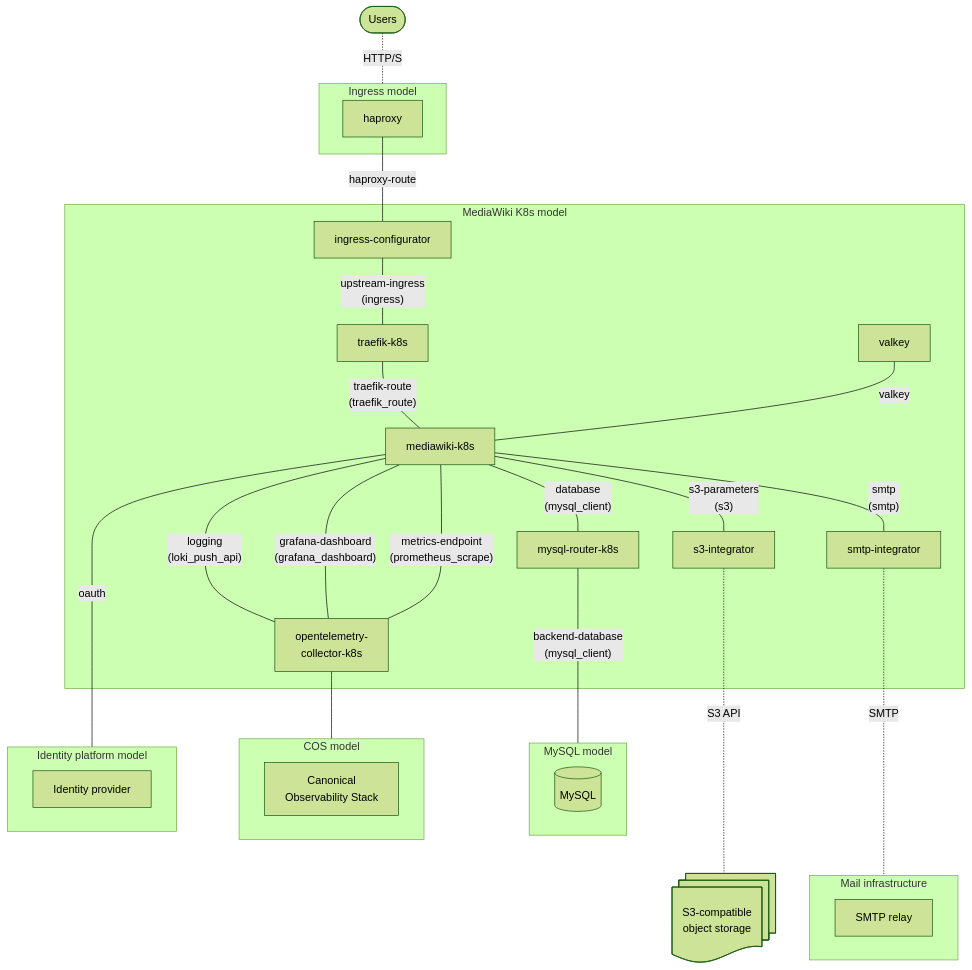
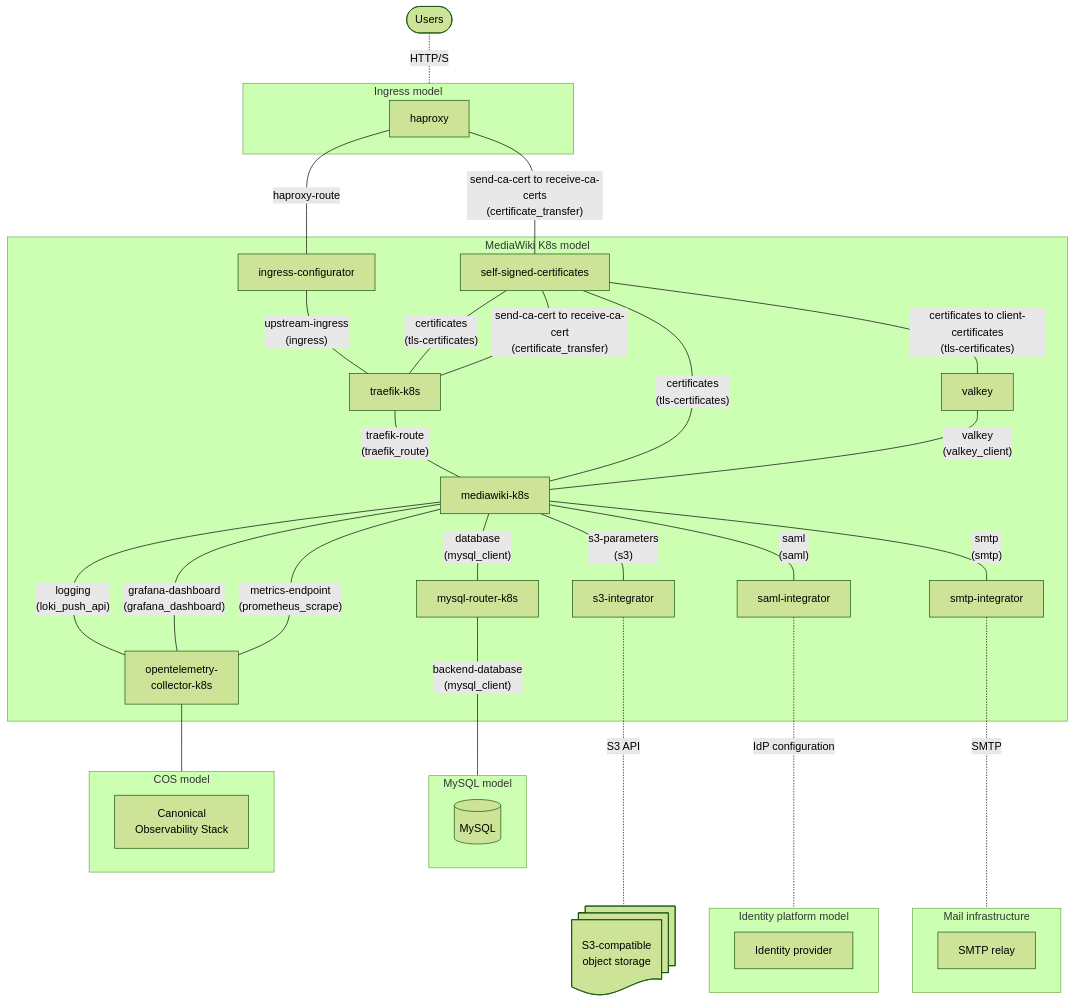
Before and after one commit to canonical/mediawiki-k8s-operator: the diagram in docs/reference/high-level-deployment.rst, drawn with Mermaid (forest theme). The commit also changed other lines of this file and 2 other files, not shown here.

Commit message:
docs: Update deployment diagram
Update the deployment diagram to show internal TLS using self-signed certificates, and using SAML instead of OAuth. This is a bit closer to what a modern, fully featured deployment may look like.

```diff
--- a/docs/reference/high-level-deployment.rst
+++ b/docs/reference/high-level-deployment.rst
@@ -15,55 +15,63 @@
 .. mermaid::
    :name: deployment-diagram
 
    flowchart TB
       Users(["Users"])
 
       S3@{ shape: docs, label: "S3-compatible<br/>object storage"}
 
       subgraph ExternalIngress["Ingress model"]
          Ingress["haproxy"]
       end
 
       subgraph ExternalMySQL["MySQL model"]
          MySQL[("MySQL")]
       end
 
       subgraph ExternalCOS["COS model"]
          COS["Canonical<br/>Observability Stack"]
       end
 
       subgraph ExternalIdentity["Identity platform model"]
          Identity["Identity provider"]
       end
 
       subgraph ExternalSMTP["Mail infrastructure"]
         SMTPRelay["SMTP relay"]
       end
 
       subgraph K8sModel["MediaWiki K8s model"]
          Traefik["traefik-k8s"]
          IngressConfig["ingress-configurator"]
          MediaWiki["mediawiki-k8s"]
          MySQLRouter["mysql-router-k8s"]
          Valkey["valkey"]
+         Certs["self-signed-certificates"]
          S3Int["s3-integrator"]
+         SAMLInt["saml-integrator"]
          SMTPInt["smtp-integrator"]
          OtelCol["opentelemetry-<br/>collector-k8s"]
 
          IngressConfig ---|"upstream-ingress<br/>(ingress)"| Traefik ---|"traefik-route<br/>(traefik_route)"| MediaWiki
-         Valkey ---|"valkey"| MediaWiki
+         Certs ---|"certificates<br/>(tls-certificates)"| Traefik
+         Certs ---|"send-ca-cert to receive-ca-cert<br/>(certificate_transfer)"| Traefik
+         Certs ---|"certificates<br/>(tls-certificates)"| MediaWiki
+         Certs ---|"certificates to client-certificates<br/>(tls-certificates)"| Valkey
+        Valkey ---|"valkey<br/>(valkey_client)"| MediaWiki
          MediaWiki ---|"database<br/>(mysql_client)"| MySQLRouter
          MediaWiki ---|"s3-parameters<br/>(s3)"| S3Int
+         MediaWiki ---|"saml<br/>(saml)"| SAMLInt
          MediaWiki ---|"smtp<br/>(smtp)"| SMTPInt
          MediaWiki ----|"logging<br/>(loki_push_api)"| OtelCol
          MediaWiki ----|"grafana-dashboard<br/>(grafana_dashboard)"| OtelCol
          MediaWiki ----|"metrics-endpoint<br/>(prometheus_scrape)"| OtelCol
       end
 
       Users -.-|"HTTP/S"| ExternalIngress
       Ingress ---|"haproxy-route"| IngressConfig
+      Ingress ---|"send-ca-cert to receive-ca-certs<br/>(certificate_transfer)"| Certs
       MySQLRouter ----|"backend-database<br/>(mysql_client)"| ExternalMySQL
       OtelCol --- ExternalCOS
-      MediaWiki -----|"oauth"| ExternalIdentity
+      SAMLInt -...-|"IdP configuration"| ExternalIdentity
       S3Int -...-|"S3 API"| S3
       SMTPInt -...-|"SMTP"| ExternalSMTP
```
